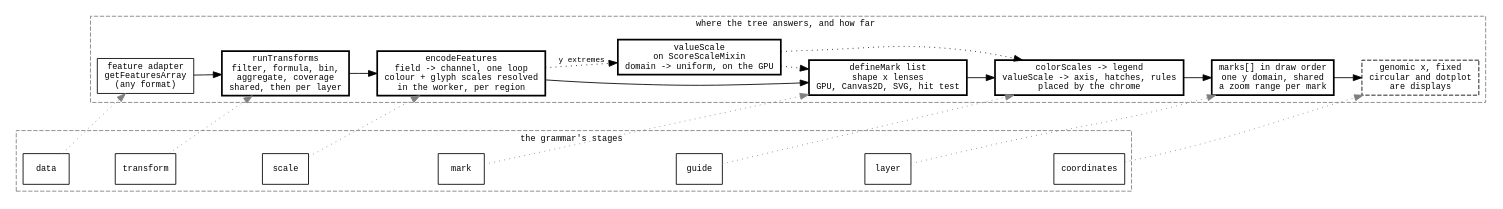
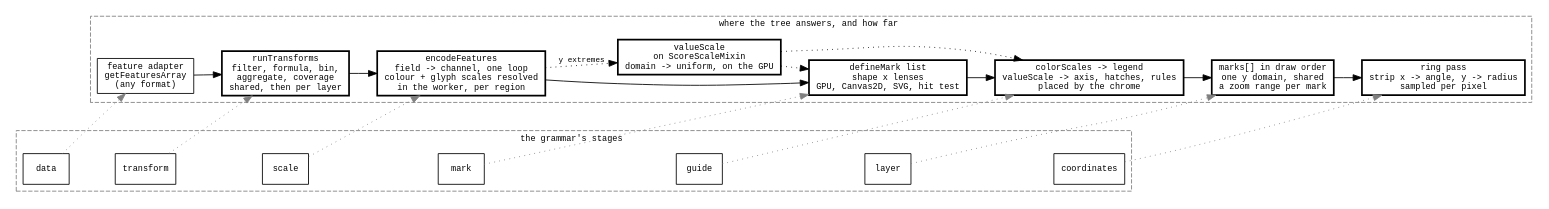
The diagram in agent-docs/reference/diagrams/grammar-pipeline.dot (GMOD/jbrowse-components), drawn with Graphviz before and after one commit. The commit also changed 8 other files, not shown here.

```diff
--- a/agent-docs/reference/diagrams/grammar-pipeline.dot
+++ b/agent-docs/reference/diagrams/grammar-pipeline.dot
@@ -1,45 +1,45 @@
 digraph grammar_pipeline {
   rankdir=LR
   nodesep=0.3
   ranksep=0.45
   node [shape=box fontname=monospace fontsize=10]
   edge [fontname=monospace fontsize=9]
 
   subgraph cluster_grammar {
     label="  the grammar's stages  "
     fontname=monospace fontsize=10 style=dashed color=gray50
     data [label="data"]
     transform [label="transform"]
     scale [label="scale"]
     mark [label="mark"]
     guide [label="guide"]
     layer [label="layer"]
     coord [label="coordinates"]
     data -> transform -> scale -> mark -> guide -> layer -> coord [style=invis]
   }
 
   subgraph cluster_tree {
     label="  where the tree answers, and how far  "
     fontname=monospace fontsize=10 style=dashed color=gray50
     adapter [label="feature adapter\ngetFeaturesArray\n(any format)"]
     filters [label="runTransforms\nfilter, formula, bin,\naggregate, coverage\nshared, then per layer", style=bold]
     encode [label="encodeFeatures\nfield -> channel, one loop\ncolour + glyph scales resolved\nin the worker, per region", style=bold]
     valueScale [label="valueScale\non ScoreScaleMixin\ndomain -> uniform, on the GPU", style=bold]
     marks [label="defineMark list\nshape x lenses\nGPU, Canvas2D, SVG, hit test", style=bold]
     legend [label="colorScales -> legend\nvalueScale -> axis, hatches, rules\nplaced by the chrome", style=bold]
     layers [label="marks[] in draw order\none y domain, shared\na zoom range per mark", style=bold]
-    genomic [label="genomic x, fixed\ncircular and dotplot\nare displays", style=dashed]
+    genomic [label="ring pass\nstrip x -> angle, y -> radius\nsampled per pixel", style=bold]
     adapter -> filters -> encode -> marks -> legend -> layers -> genomic
     encode -> valueScale [style=dotted label="y extremes"]
     valueScale -> marks [style=dotted]
     valueScale -> legend [style=dotted]
   }
 
   data -> adapter [style=dotted color=gray50]
   transform -> filters [style=dotted color=gray50]
   scale -> encode [style=dotted color=gray50]
   mark -> marks [style=dotted color=gray50]
   guide -> legend [style=dotted color=gray50]
   layer -> layers [style=dotted color=gray50]
   coord -> genomic [style=dotted color=gray50]
 }
```
